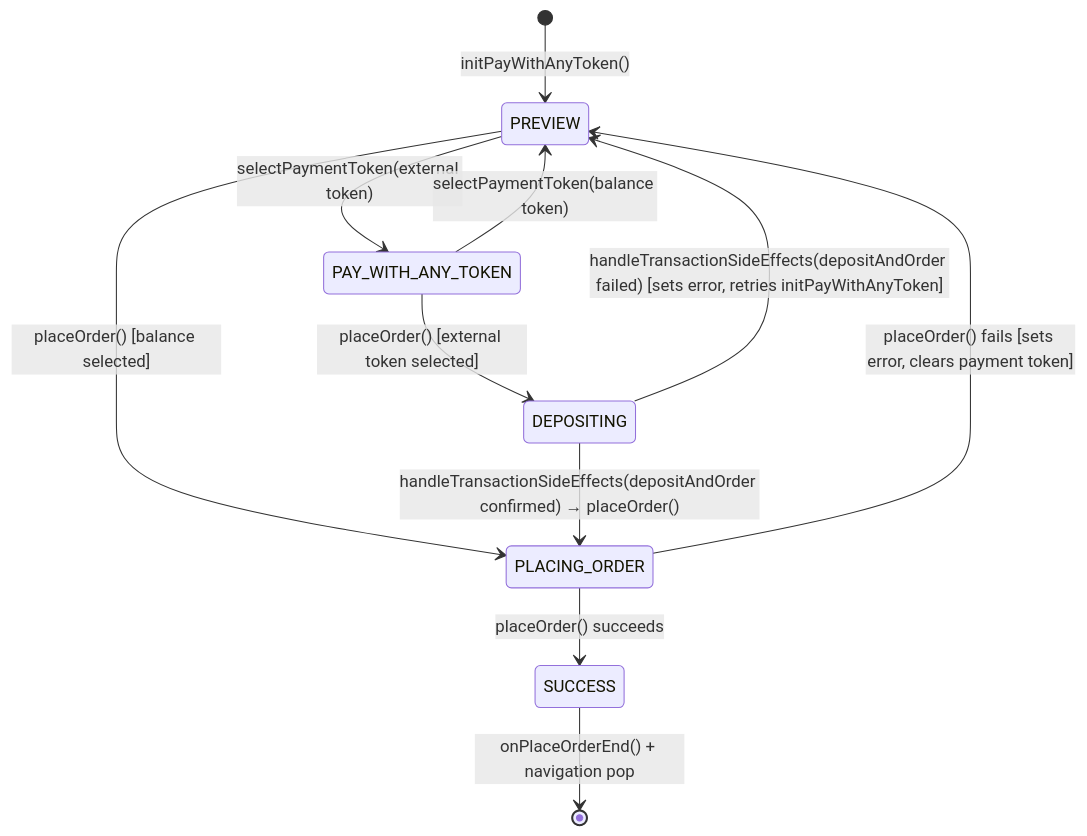
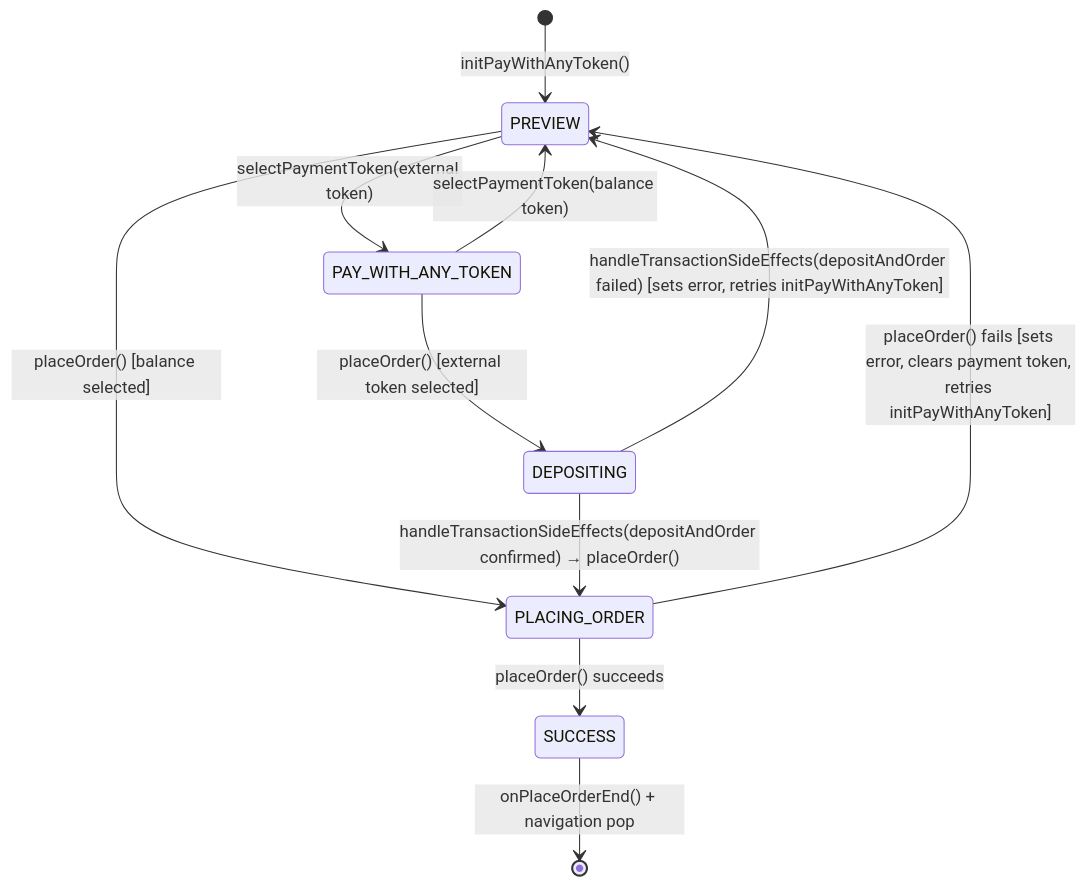
One commit to MetaMask/metamask-mobile changed the diagram in app/components/UI/Predict/README.md. Above: the diagram before and after it, drawn with Mermaid. The commit also changed other lines of this file, not shown here.

````diff
--- a/app/components/UI/Predict/README.md
+++ b/app/components/UI/Predict/README.md
@@ -204,18 +205,18 @@
 ```mermaid
 stateDiagram-v2
     [*] --> PREVIEW: initPayWithAnyToken()
 
     PREVIEW --> PAY_WITH_ANY_TOKEN: selectPaymentToken(external token)
     PAY_WITH_ANY_TOKEN --> PREVIEW: selectPaymentToken(balance token)
 
     PREVIEW --> PLACING_ORDER: placeOrder() [balance selected]
     PAY_WITH_ANY_TOKEN --> DEPOSITING: placeOrder() [external token selected]
 
     DEPOSITING --> PLACING_ORDER: handleTransactionSideEffects(depositAndOrder confirmed) → placeOrder()
     DEPOSITING --> PREVIEW: handleTransactionSideEffects(depositAndOrder failed) [sets error, retries initPayWithAnyToken]
 
     PLACING_ORDER --> SUCCESS: placeOrder() succeeds
-    PLACING_ORDER --> PREVIEW: placeOrder() fails [sets error, clears payment token]
+    PLACING_ORDER --> PREVIEW: placeOrder() fails [sets error, clears payment token, retries initPayWithAnyToken]
 
     SUCCESS --> [*]: onPlaceOrderEnd() + navigation pop
 ```
````
